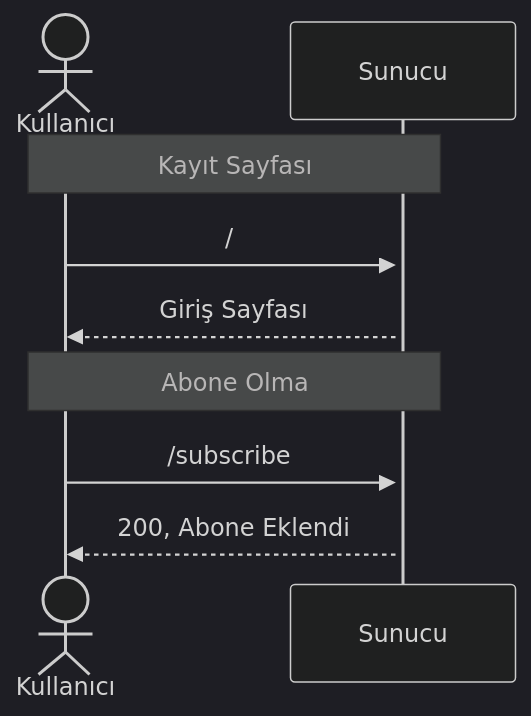
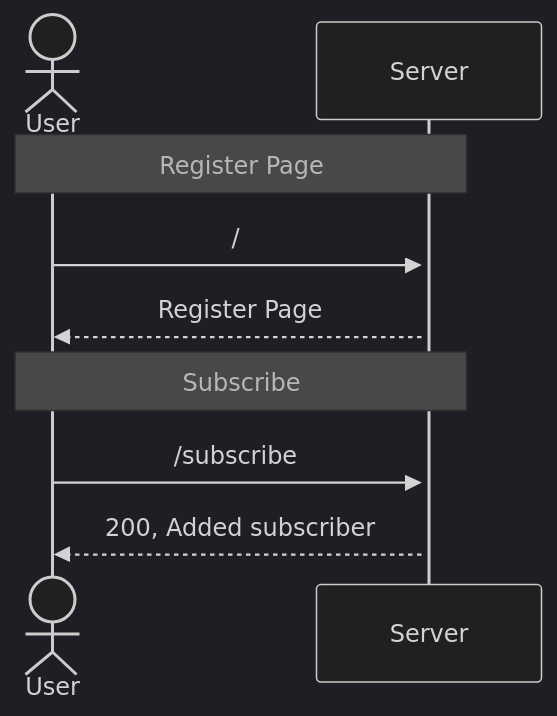
One commit to yussufbiyik/lego-store-stock-checker changed the second of 2 diagrams in readme.md. Above: the diagram before and after it, drawn with Mermaid (dark theme). The commit also changed other lines of this file and 1 other file, not shown here.

````diff
--- a/readme.md
+++ b/readme.md
@@ -36,10 +36,10 @@
 ```mermaid
 sequenceDiagram
-    actor Kullanıcı
-    Note over Kullanıcı,Sunucu: Kayıt Sayfası
-    Kullanıcı->>+Sunucu: /
-    Sunucu-->>Kullanıcı: Giriş Sayfası
-    Note over Kullanıcı,Sunucu: Abone Olma
-    Kullanıcı->>+Sunucu: /subscribe
-    Sunucu-->>Kullanıcı: 200, Abone Eklendi
+    actor User
+    Note over User,Server: Register Page
+    User->>+Server: /
+    Server-->>User: Register Page
+    Note over User,Server: Subscribe
+    User->>+Server: /subscribe
+    Server-->>User: 200, Added subscriber
 ```
````
